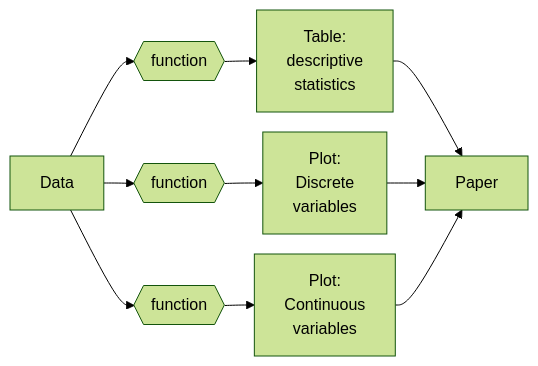
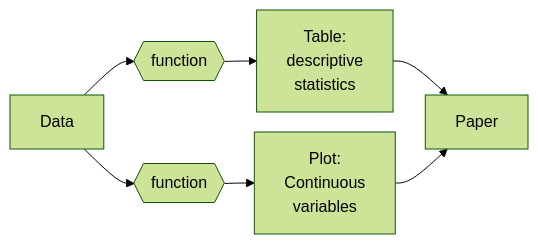
The diagram in sessions/pipelines.qmd (rostools/r-cubed-advanced), drawn with Mermaid before and after one commit. The commit also changed other lines of this file, not shown here.

Commit message:
reduce number of functions by dropping plot of count. See #53

````diff
--- a/sessions/pipelines.qmd
+++ b/sessions/pipelines.qmd
@@ -167,19 +164,16 @@
 ```{mermaid fig-pipeline-schematic}
 %%| label: fig-pipeline-schematic
 %%| fig-cap: Very simple flow chart of steps in an analysis pipeline.
 %%| echo: false
 %%| eval: true
 %%{init:{'theme':'forest', 'flowchart':{'nodeSpacing': 20, 'rankSpacing':30}}}%%
 graph LR
     data[Data] --> fn_desc{{function}} 
     fn_desc --> tab_desc[Table:<br>descriptive<br>statistics]
-    data --> fn_plot{{function}}
-    fn_plot{{function}} --> plot_discr[Plot:<br>Discrete<br>variables]
     tab_desc --> paper[Paper]
-    plot_discr --> paper
     data --> fn_plot_vars{{function}}
     fn_plot_vars{{function}} --> plot_distrib[Plot:<br>Continuous<br>variables]
     plot_distrib --> paper
 
-linkStyle 0,1,2,3,4,5,6,7,8 stroke-width:1px;
+linkStyle 0,1,2,3,4,5 stroke-width:1px;
 ```
````
